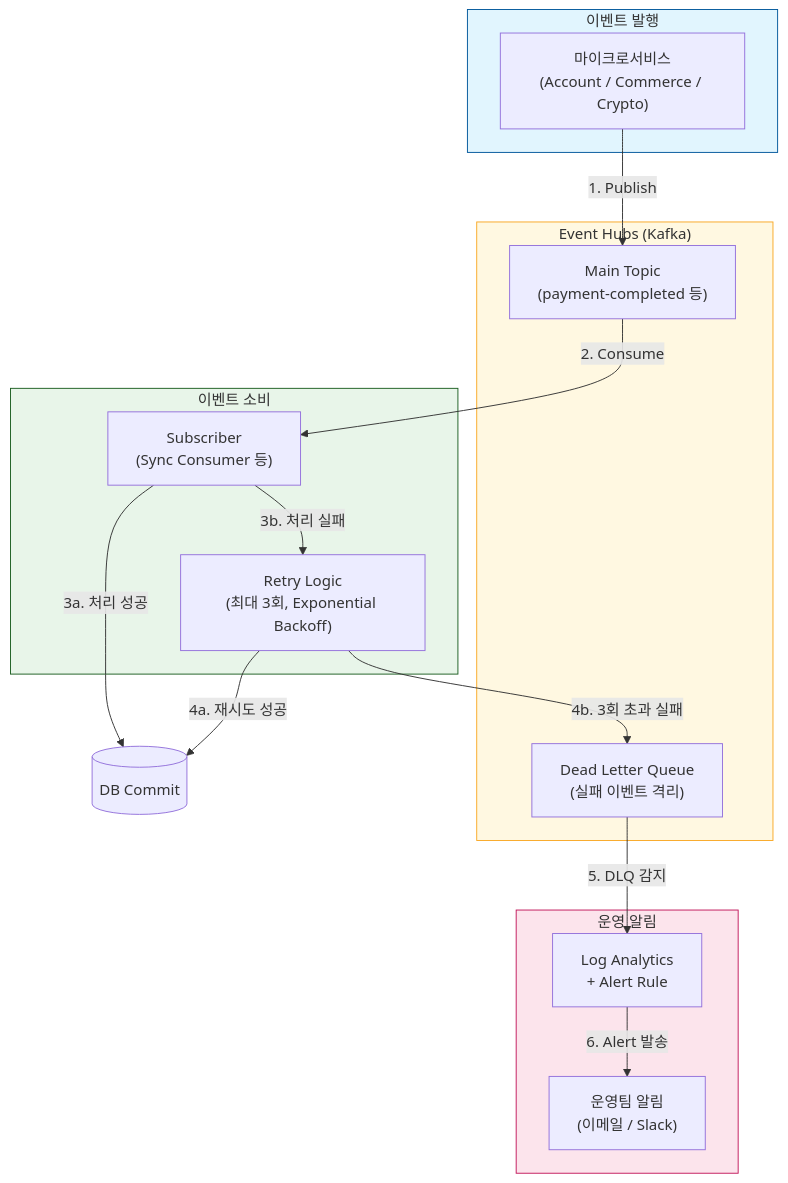
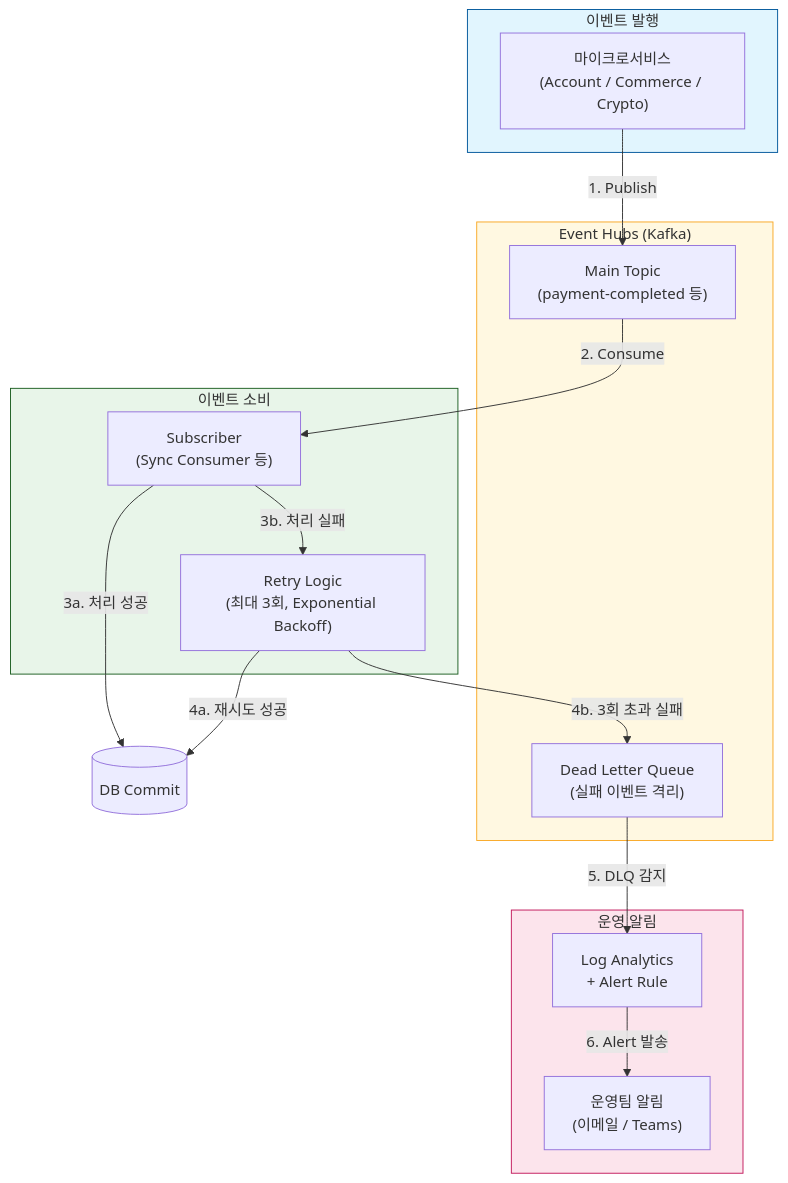
Before and after one commit to Naver-Dunamu-Merge-TF/NSC-infra: diagram 14 of 16 in README.md, drawn with Mermaid. The commit also changed other lines of this file and 1 other file, not shown here.

Commit message:
fix: 2nd review  DNAT 2-plane, Bastion HTTPS 443 labels, RBAC Event Hubs split, SlackTeams unified

````diff
--- a/README.md
+++ b/README.md
@@ -1438,35 +1439,35 @@
 ```mermaid
 flowchart TD
     subgraph Producer["이벤트 발행"]
         Service["마이크로서비스\n(Account / Commerce / Crypto)"]
     end
 
     subgraph Broker["Event Hubs (Kafka)"]
         MainTopic["Main Topic\n(payment-completed 등)"]
         DLQ["Dead Letter Queue\n(실패 이벤트 격리)"]
     end
 
     subgraph Consumer["이벤트 소비"]
         Subscriber["Subscriber\n(Sync Consumer 등)"]
         RetryLogic["Retry Logic\n(최대 3회, Exponential Backoff)"]
     end
 
     subgraph Alert["운영 알림"]
         Monitor["Log Analytics\n+ Alert Rule"]
-        Ops["운영팀 알림\n(이메일 / Slack)"]
+        Ops["운영팀 알림\n(이메일 / Teams)"]
     end
 
     Service -->|"1. Publish"| MainTopic
     MainTopic -->|"2. Consume"| Subscriber
     Subscriber -->|"3a. 처리 성공"| DB[("DB Commit")]
     Subscriber -->|"3b. 처리 실패"| RetryLogic
     RetryLogic -->|"4a. 재시도 성공"| DB
     RetryLogic -->|"4b. 3회 초과 실패"| DLQ
     DLQ -->|"5. DLQ 감지"| Monitor
     Monitor -->|"6. Alert 발송"| Ops
 
     style Producer fill:#e1f5fe,stroke:#01579b
     style Broker fill:#fff8e1,stroke:#f9a825
     style Consumer fill:#e8f5e9,stroke:#1b5e20
     style Alert fill:#fce4ec,stroke:#c2185b
 ```
````
